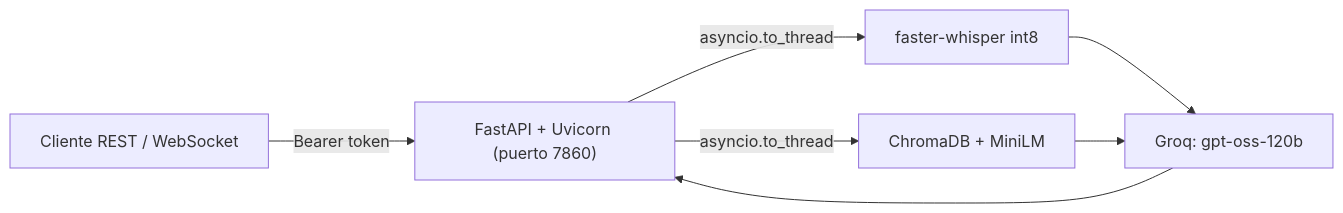
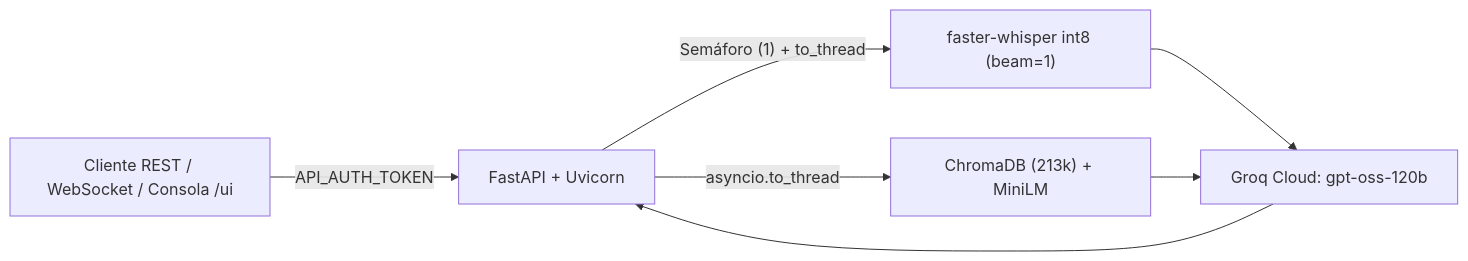
Before and after one commit to leo7leoavil-ship-it/hemi-core: the diagram in README.md, drawn with Mermaid. The commit also changed other lines of this file and 19 other files, not shown here.

````diff
--- a/README.md
+++ b/README.md
@@ -29,9 +29,9 @@
 ```mermaid
 flowchart LR
-    C["Cliente REST / WebSocket"] -->|"Bearer token"| API["FastAPI + Uvicorn (puerto 7860)"]
-    API -->|"asyncio.to_thread"| ASR["faster-whisper int8"]
-    API -->|"asyncio.to_thread"| RAG["ChromaDB + MiniLM"]
+    C["Cliente REST / WebSocket / Consola /ui"] -->|"API_AUTH_TOKEN"| API["FastAPI + Uvicorn"]
+    API -->|"Semáforo (1) + to_thread"| ASR["faster-whisper int8 (beam=1)"]
+    API -->|"asyncio.to_thread"| RAG["ChromaDB (213k) + MiniLM"]
     ASR --> LLM
-    RAG --> LLM["Groq: gpt-oss-120b"]
+    RAG --> LLM["Groq Cloud: gpt-oss-120b"]
     LLM --> API
 ```
````
